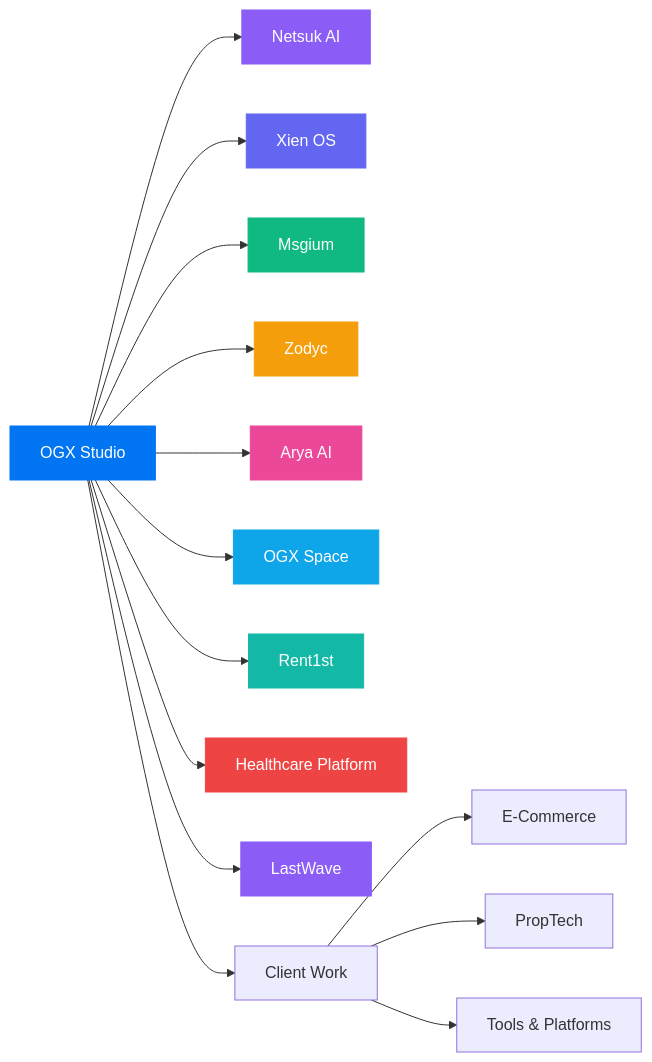
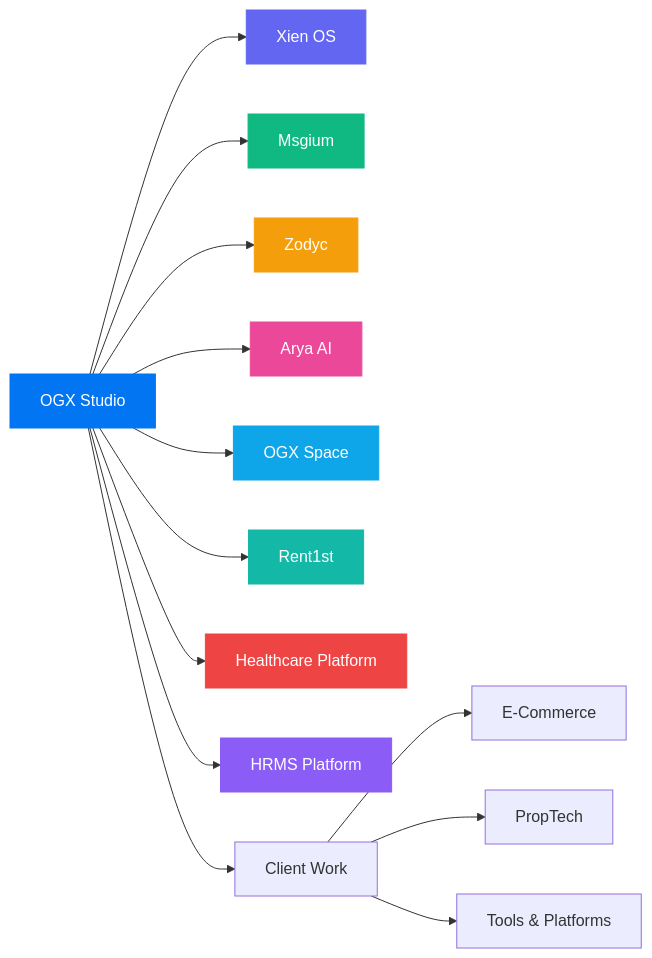
The diagram in profile/README.md (shaktixdev/.github), drawn with Mermaid before and after one commit. The commit also changed other lines of this file, not shown here.

````diff
--- a/profile/README.md
+++ b/profile/README.md
@@ -86,29 +55,27 @@
 ```mermaid
 flowchart LR
-  S[OGX Studio] --> N[Netsuk AI]
-  S --> X[Xien OS]
+  S[OGX Studio] --> X[Xien OS]
   S --> M[Msgium]
   S --> Z[Zodyc]
   S --> A[Arya AI]
   S --> O[OGX Space]
 
   S --> R[Rent1st]
   S --> H[Healthcare Platform]
-  S --> L[LastWave]
+  S --> HR[HRMS Platform]
   S --> C[Client Work]
 
   C --> E[E-Commerce]
   C --> P[PropTech]
   C --> T[Tools & Platforms]
 
   style S fill:#0175F2,stroke:#0175F2,color:#fff
-  style N fill:#8B5CF6,stroke:#8B5CF6,color:#fff
   style X fill:#6366F1,stroke:#6366F1,color:#fff
   style M fill:#10B981,stroke:#10B981,color:#fff
   style Z fill:#F59E0B,stroke:#F59E0B,color:#fff
   style A fill:#EC4899,stroke:#EC4899,color:#fff
   style O fill:#0EA5E9,stroke:#0EA5E9,color:#fff
   style R fill:#14B8A6,stroke:#14B8A6,color:#fff
   style H fill:#EF4444,stroke:#EF4444,color:#fff
-  style L fill:#8B5CF6,stroke:#8B5CF6,color:#fff
+  style HR fill:#8B5CF6,stroke:#8B5CF6,color:#fff
 ```
````
